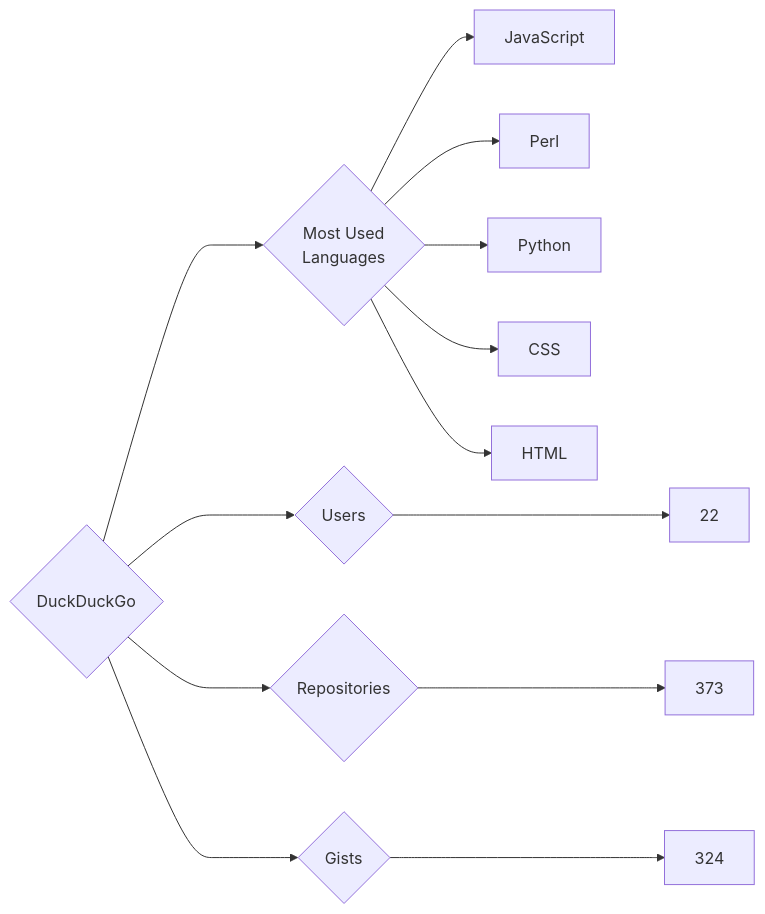
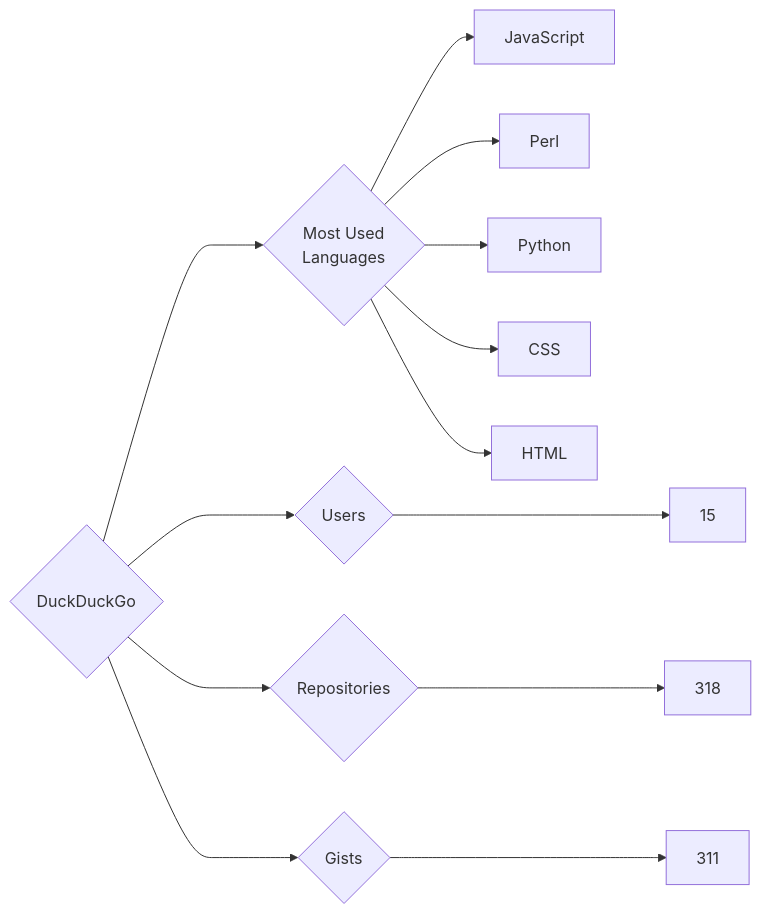
The diagram in targets/DuckDuckGo/README.md (trickest/insiders), drawn with Mermaid before and after one commit. The commit also changed 736 other files, not shown here.

````diff
--- a/targets/DuckDuckGo/README.md
+++ b/targets/DuckDuckGo/README.md
@@ -3,13 +3,13 @@
 ```mermaid
 graph LR
 COMPANY_NAME{DuckDuckGo}
-COMPANY_NAME ---> U{Users} ---> UN[22]
-COMPANY_NAME ---> R{Repositories} ---> RN[373]
-COMPANY_NAME ---> G{Gists} ---> GN[324]
+COMPANY_NAME ---> U{Users} ---> UN[15]
+COMPANY_NAME ---> R{Repositories} ---> RN[318]
+COMPANY_NAME ---> G{Gists} ---> GN[311]
 COMPANY_NAME ---> ML{Most Used<br>Languages}
 ML --> JavaScript[JavaScript]
 ML --> Perl[Perl]
 ML --> Python[Python]
 ML --> CSS[CSS]
 ML --> HTML[HTML]
 ```
````
